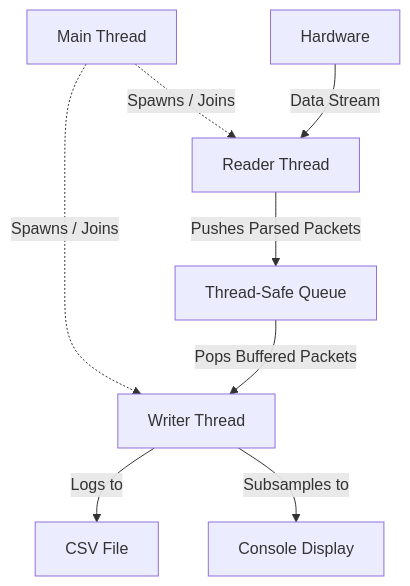
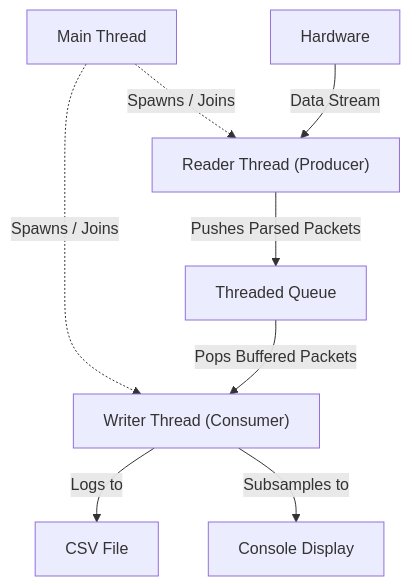
The diagram in README.md (corey-richardson/spsc-queue), drawn with Mermaid before and after one commit. The commit also changed other lines of this file, not shown here.

````diff
--- a/README.md
+++ b/README.md
@@ -30,12 +30,12 @@
 ```mermaid
 flowchart TD
     Main["Main Thread"] -. Spawns / Joins .-> Reader
     Main -. Spawns / Joins .-> Writer
 
-    Device["Hardware"] -->|Data Stream| Reader["Reader Thread"]
-    Reader -->|Pushes Parsed Packets| Queue["Thread-Safe Queue"]
-    Queue -->|Pops Buffered Packets| Writer["Writer Thread"]
+    Device["Hardware"] -->|Data Stream| Reader["Reader Thread (Producer)"]
+    Reader -->|Pushes Parsed Packets| Queue["Threaded Queue"]
+    Queue -->|Pops Buffered Packets| Writer["Writer Thread (Consumer)"]
 
     Writer -->|Logs to| File["CSV File"]
     Writer -->|Subsamples to| Console["Console Display"]
 ```
````
